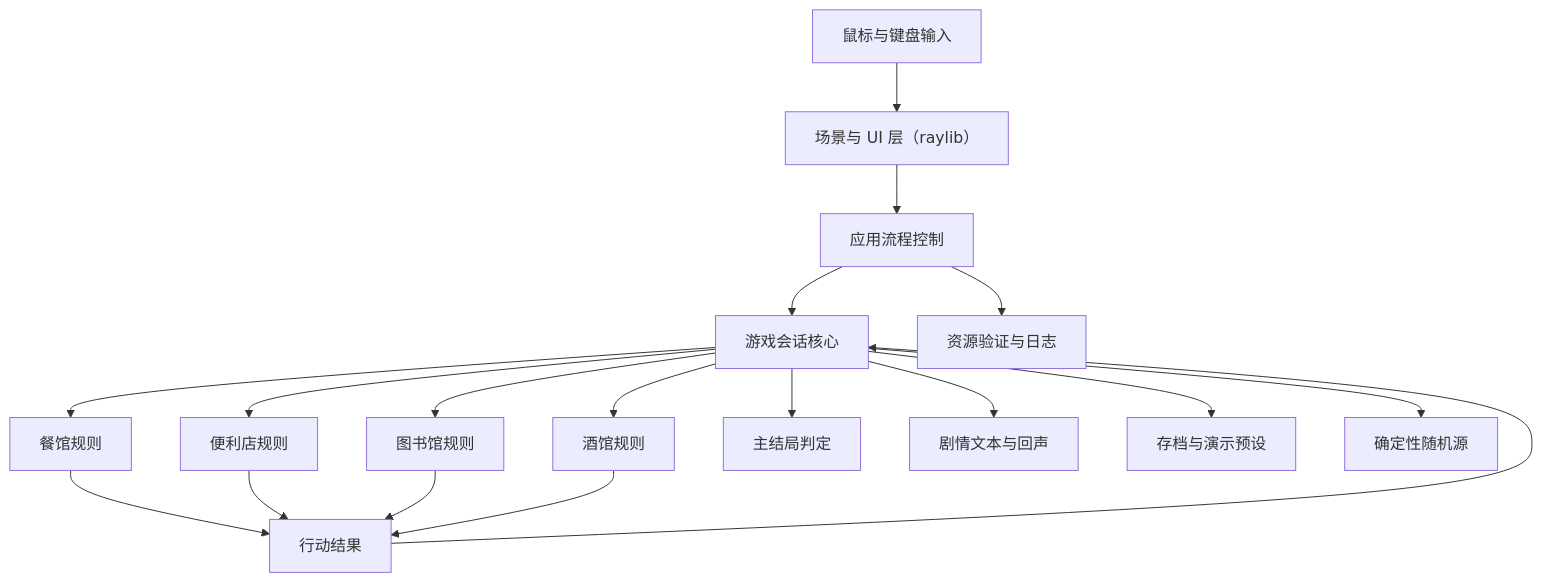
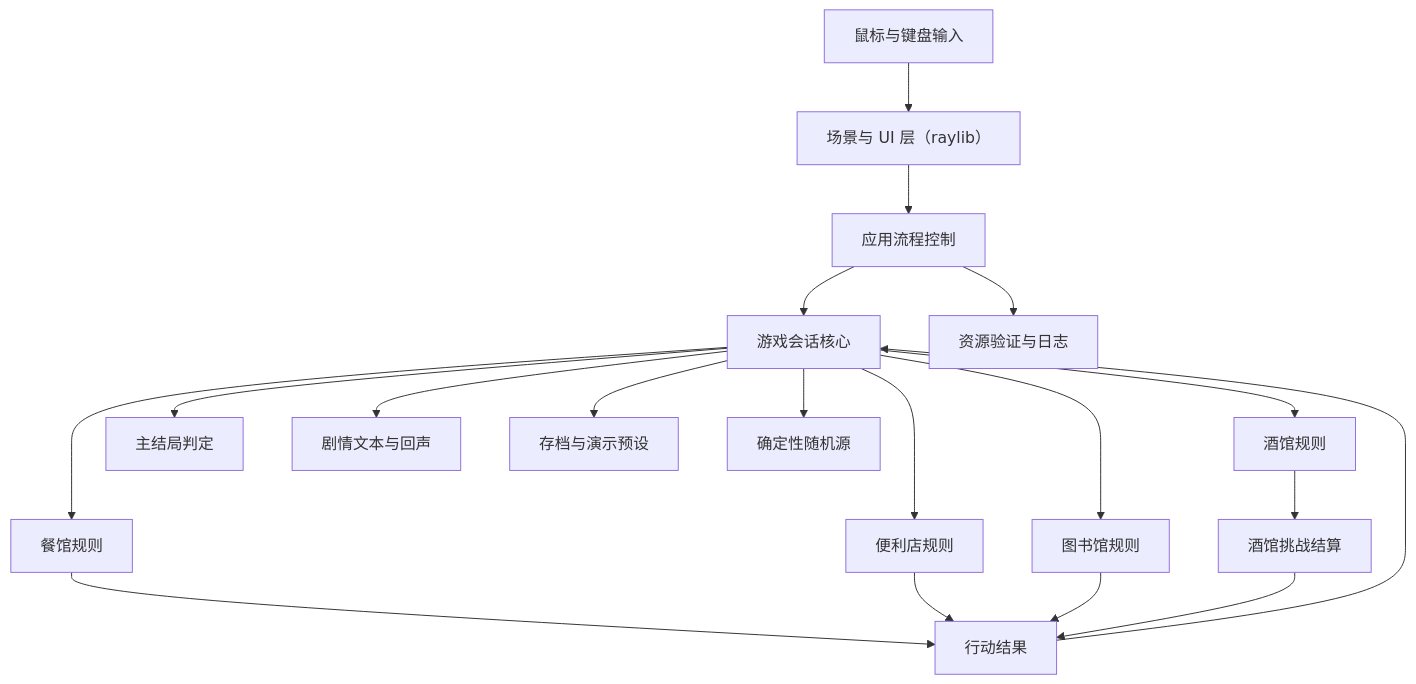
Before and after one commit to ljm-hsw/-666: the first of 3 diagrams in docs/DESIGN.md, drawn with Mermaid. The commit also changed other lines of this file and 30 other files, not shown here.

````diff
--- a/docs/DESIGN.md
+++ b/docs/DESIGN.md
@@ -17,20 +17,21 @@
 ```mermaid
 flowchart TB
     Input["鼠标与键盘输入"] --> Scenes["场景与 UI 层（raylib）"]
     Scenes --> App["应用流程控制"]
     App --> Core["游戏会话核心"]
     Core --> Restaurant["餐馆规则"]
     Core --> Store["便利店规则"]
     Core --> Library["图书馆规则"]
     Core --> Tavern["酒馆规则"]
     Core --> Ending["主结局判定"]
     Core --> Story["剧情文本与回声"]
     Core --> Save["存档与演示预设"]
     Core --> Random["确定性随机源"]
     App --> Resources["资源验证与日志"]
     Restaurant --> Result["行动结果"]
     Store --> Result
     Library --> Result
-    Tavern --> Result
+    Tavern --> TavernSettlement["酒馆挑战结算"]
+    TavernSettlement --> Result
     Result --> Core
 ```
````
